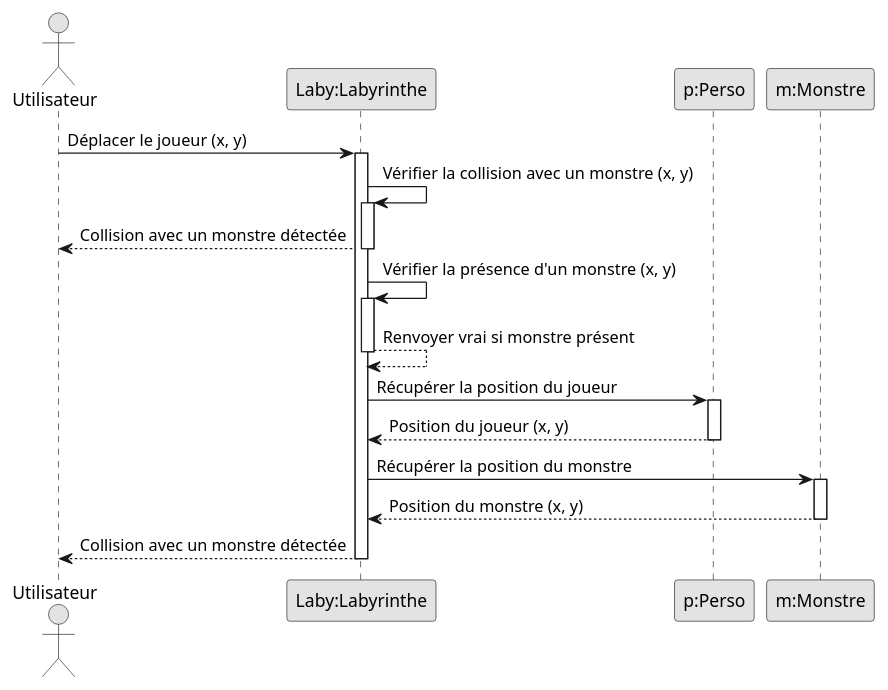
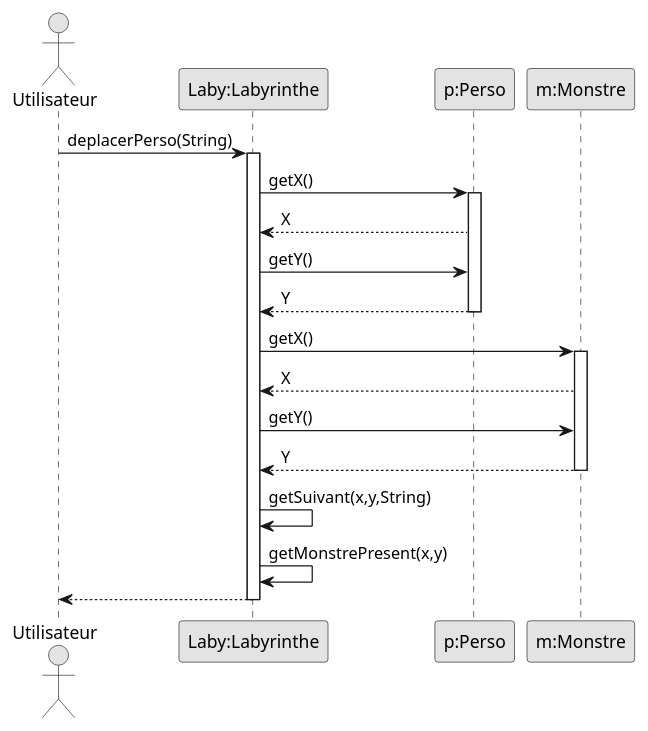
Before and after one commit to Dracosxs/2022_Zeldiablo_MOUGIN_DEFOLIE_KETZINGER_KOLER: the diagram in documents/version_1/CollisionMonstreEtJoueur.puml, drawn with PlantUML. The commit also changed 3 other files, not shown here.

Commit message:
Modification et Ajout de diagrammes de sequence

```diff
--- a/documents/version_1/CollisionMonstreEtJoueur.puml
+++ b/documents/version_1/CollisionMonstreEtJoueur.puml
@@ -1,36 +1,30 @@
 @startuml
 skinparam monochrome true
 
 actor Utilisateur
 
 participant "Laby:Labyrinthe" as Laby
 participant "p:Perso" as P
 participant "m:Monstre" as M
 
-Utilisateur -> Laby: Déplacer le joueur (x, y)
+Utilisateur -> Laby: deplacerPerso(String)
 activate Laby
-
-Laby -> Laby: Vérifier la collision avec un monstre (x, y)
-activate Laby
-Laby --> Utilisateur: Collision avec un monstre détectée
+Laby -> P: getX()
+activate P
+Laby <-- P: X
+Laby -> P: getY()
+Laby <-- P: Y
+deactivate P
+Laby -> M: getX()
+activate M
+Laby <-- M: X
+Laby -> M: getY()
+Laby <-- M: Y
+deactivate M
+Laby -> Laby: getSuivant(x,y,String)
+Laby -> Laby: getMonstrePresent(x,y)
+Laby --> Utilisateur
 deactivate Laby
 
-Laby -> Laby: Vérifier la présence d'un monstre (x, y)
-activate Laby
-Laby --> Laby: Renvoyer vrai si monstre présent
-deactivate Laby
-
-Laby -> P: Récupérer la position du joueur
-activate P
-P --> Laby: Position du joueur (x, y)
-deactivate P
-
-Laby -> M: Récupérer la position du monstre
-activate M
-M --> Laby: Position du monstre (x, y)
-deactivate M
-
-Laby --> Utilisateur: Collision avec un monstre détectée
-deactivate Laby
 
 @enduml
```
